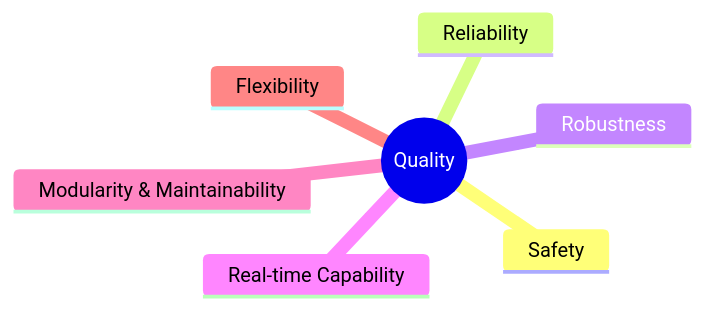
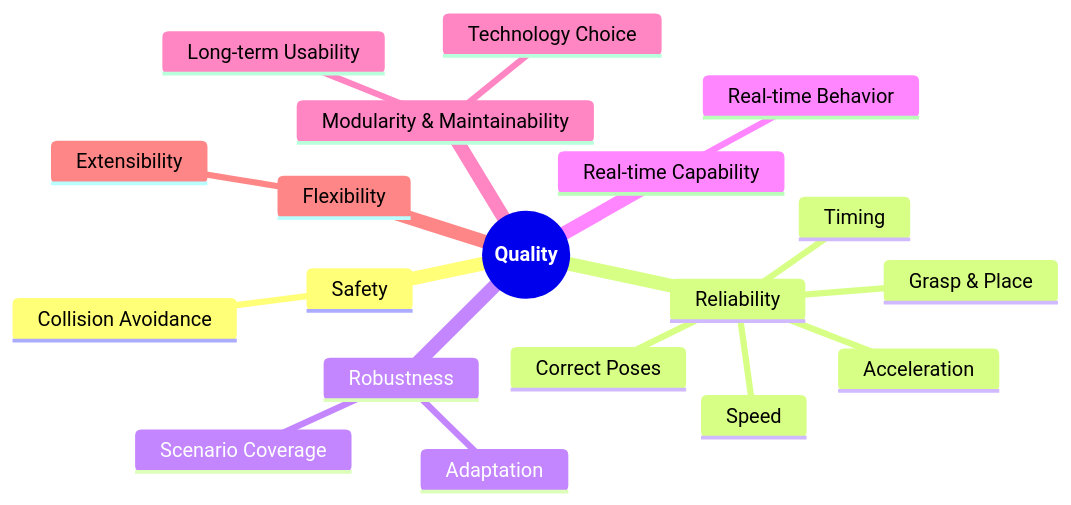
Before and after one commit to una-auxme/arlab: the fourth of 6 diagrams in doc/10. Quality Requirements.md, drawn with Mermaid. The commit also changed other lines of this file, not shown here.

Commit message:
'Updated 10. Quality Requirements.md' - worked on new szenarios, worked on graphs, worked on tables. Adapted everything to the new information.

````diff
--- a/doc/10. Quality Requirements.md
+++ b/doc/10. Quality Requirements.md
@@ -87,10 +122,22 @@
 ```mermaid
 mindmap
-  root((Quality))
+  root((**Quality**))
     Safety
+      Collision Avoidance
     Reliability
+      Correct Poses
+      Timing
+      Speed
+      Acceleration
+      Grasp & Place 
     Robustness
+      Scenario Coverage
+      Adaptation
     Real-time Capability
+      Real-time Behavior
     Modularity & Maintainability
+      Technology Choice
+      Long-term Usability 
     Flexibility
+      Extensibility
 ```
````
